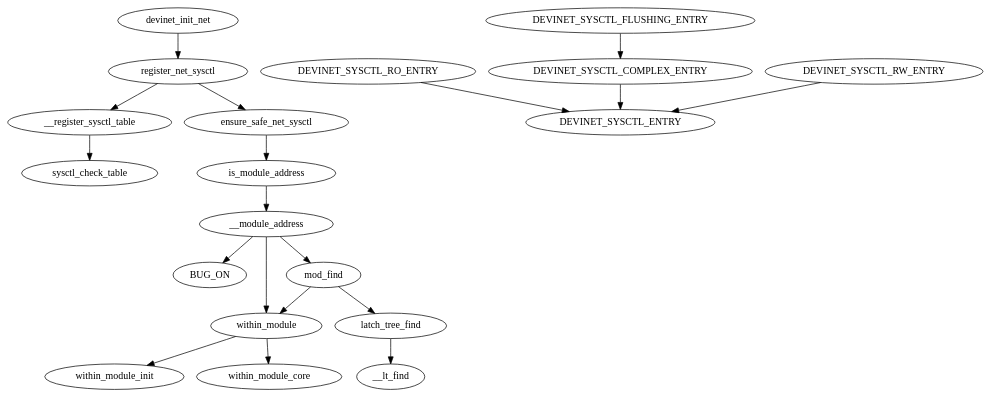
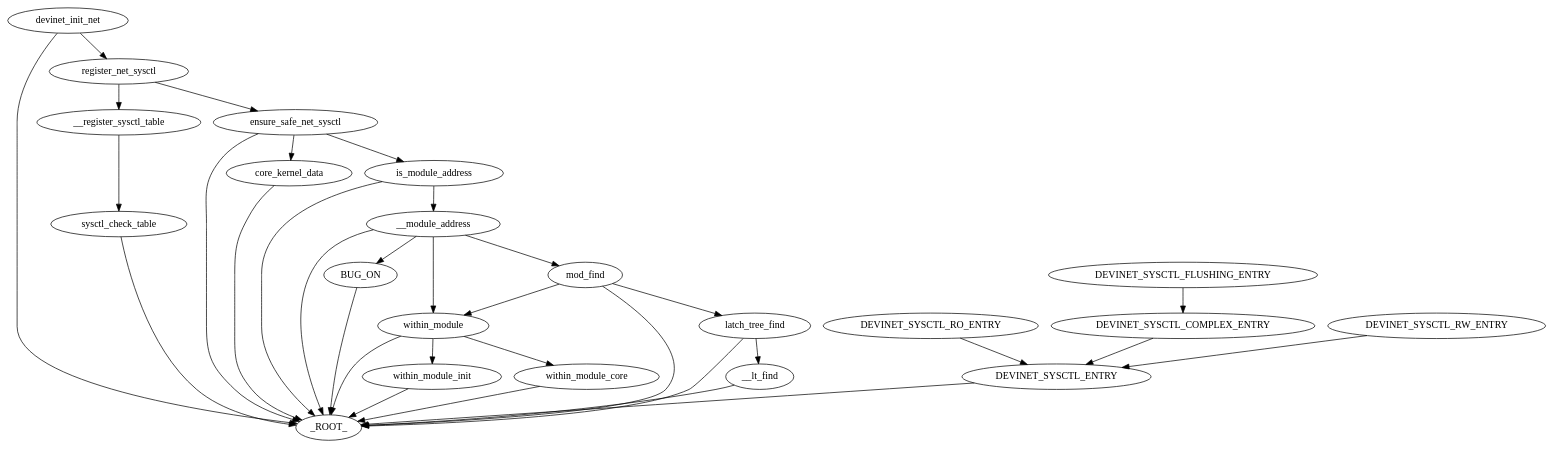
The diagram in ip_forward.dot (cendes/knob_graph_search), drawn with Graphviz before and after one commit. The commit also changed 39 other files, not shown here.

```diff
--- a/ip_forward.dot
+++ b/ip_forward.dot
@@ -1,20 +1,35 @@
-digraph "/home/cendes/Documents/masters_thesis/ocloz/knob_graphs/ip_forward.dot" {
+digraph "/home/cendes/Documents/masters_thesis/ocloz/knob_graph_search/./ip_forward.dot" {
+	 devinet_init_net -> _ROOT_
+	 sysctl_check_table -> _ROOT_
 	 __register_sysctl_table -> sysctl_check_table
+	 core_kernel_data -> _ROOT_
+	 ensure_safe_net_sysctl -> core_kernel_data
+	 BUG_ON -> _ROOT_
 	 __module_address -> BUG_ON
+	 within_module_init -> _ROOT_
 	 within_module -> within_module_init
+	 within_module_core -> _ROOT_
 	 within_module -> within_module_core
+	 within_module -> _ROOT_
+	 __module_address -> within_module
+	 mod_find -> within_module
+	 __lt_find -> _ROOT_
 	 latch_tree_find -> __lt_find
+	 latch_tree_find -> _ROOT_
+	 mod_find -> latch_tree_find
+	 mod_find -> _ROOT_
+	 __module_address -> mod_find
+	 __module_address -> _ROOT_
 	 is_module_address -> __module_address
+	 is_module_address -> _ROOT_
 	 ensure_safe_net_sysctl -> is_module_address
+	 ensure_safe_net_sysctl -> _ROOT_
 	 register_net_sysctl -> ensure_safe_net_sysctl
+	 DEVINET_SYSCTL_ENTRY -> _ROOT_
 	 DEVINET_SYSCTL_RO_ENTRY -> DEVINET_SYSCTL_ENTRY
 	 DEVINET_SYSCTL_COMPLEX_ENTRY -> DEVINET_SYSCTL_ENTRY
 	 DEVINET_SYSCTL_RW_ENTRY -> DEVINET_SYSCTL_ENTRY
-	 mod_find -> latch_tree_find
-	 __module_address -> mod_find
-	 __module_address -> within_module
-	 mod_find -> within_module
 	 devinet_init_net -> register_net_sysctl
 	 register_net_sysctl -> __register_sysctl_table
 	 DEVINET_SYSCTL_FLUSHING_ENTRY -> DEVINET_SYSCTL_COMPLEX_ENTRY
 }
```
